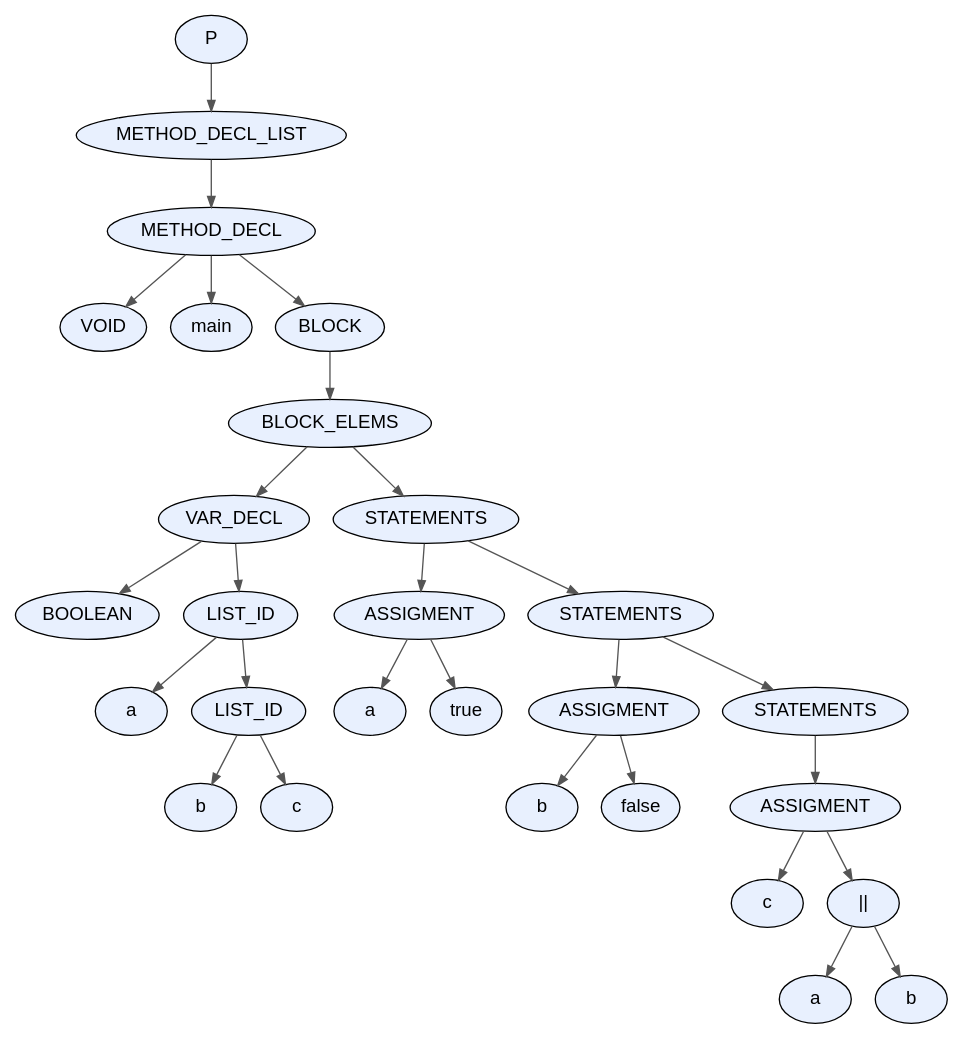
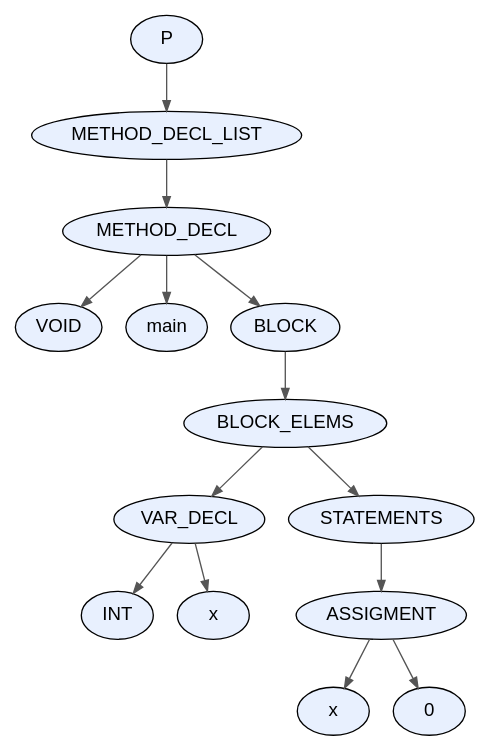
The diagram in proyecto/dot_files/test5.dot (facundo-dario-loser/TDS2026), drawn with Graphviz before and after one commit. The commit also changed 64 other files, not shown here.

```diff
--- a/proyecto/dot_files/test5.dot
+++ b/proyecto/dot_files/test5.dot
@@ -1,59 +1,31 @@
 digraph AST {
   node [fontname="Arial"];
   edge [arrowsize=0.8, color="#555555"];
-  "node_0x57727a1a23d0" [label="P", style=filled, fillcolor="#E8F0FE", shape=ellipse, style="rounded,filled"];
-  "node_0x57727a1a23d0" -> "node_0x57727a1a2380";
-  "node_0x57727a1a2380" [label="METHOD_DECL_LIST", style=filled, fillcolor="#E8F0FE", shape=ellipse, style="rounded,filled"];
-  "node_0x57727a1a2380" -> "node_0x57727a1a2330";
-  "node_0x57727a1a2330" [label="METHOD_DECL", style=filled, fillcolor="#E8F0FE", shape=ellipse, style="rounded,filled"];
-  "node_0x57727a1a2330" -> "node_0x57727a1a2270";
-  "node_0x57727a1a2270" [label="VOID", style=filled, fillcolor="#E8F0FE", shape=ellipse, style="rounded,filled"];
-  "node_0x57727a1a2330" -> "node_0x57727a1a22c0";
-  "node_0x57727a1a22c0" [label="main", style=filled, fillcolor="#E8F0FE", shape=ellipse, style="rounded,filled"];
-  "node_0x57727a1a2330" -> "node_0x57727a1a2220";
-  "node_0x57727a1a2220" [label="BLOCK", style=filled, fillcolor="#E8F0FE", shape=ellipse, style="rounded,filled"];
-  "node_0x57727a1a2220" -> "node_0x57727a1a21d0";
-  "node_0x57727a1a21d0" [label="BLOCK_ELEMS", style=filled, fillcolor="#E8F0FE", shape=ellipse, style="rounded,filled"];
-  "node_0x57727a1a21d0" -> "node_0x57727a1a1be0";
-  "node_0x57727a1a1be0" [label="VAR_DECL", style=filled, fillcolor="#E8F0FE", shape=ellipse, style="rounded,filled"];
-  "node_0x57727a1a1be0" -> "node_0x57727a1a1940";
-  "node_0x57727a1a1940" [label="BOOLEAN", style=filled, fillcolor="#E8F0FE", shape=ellipse, style="rounded,filled"];
-  "node_0x57727a1a1be0" -> "node_0x57727a1a1b90";
-  "node_0x57727a1a1b90" [label="LIST_ID", style=filled, fillcolor="#E8F0FE", shape=ellipse, style="rounded,filled"];
-  "node_0x57727a1a1b90" -> "node_0x57727a1a1b20";
-  "node_0x57727a1a1b20" [label="a", style=filled, fillcolor="#E8F0FE", shape=ellipse, style="rounded,filled"];
-  "node_0x57727a1a1b90" -> "node_0x57727a1a1ad0";
-  "node_0x57727a1a1ad0" [label="LIST_ID", style=filled, fillcolor="#E8F0FE", shape=ellipse, style="rounded,filled"];
-  "node_0x57727a1a1ad0" -> "node_0x57727a1a1a60";
-  "node_0x57727a1a1a60" [label="b", style=filled, fillcolor="#E8F0FE", shape=ellipse, style="rounded,filled"];
-  "node_0x57727a1a1ad0" -> "node_0x57727a1a19f0";
-  "node_0x57727a1a19f0" [label="c", style=filled, fillcolor="#E8F0FE", shape=ellipse, style="rounded,filled"];
-  "node_0x57727a1a21d0" -> "node_0x57727a1a2180";
-  "node_0x57727a1a2180" [label="STATEMENTS", style=filled, fillcolor="#E8F0FE", shape=ellipse, style="rounded,filled"];
-  "node_0x57727a1a2180" -> "node_0x57727a1a1d10";
-  "node_0x57727a1a1d10" [label="ASSIGMENT", style=filled, fillcolor="#E8F0FE", shape=ellipse, style="rounded,filled"];
-  "node_0x57727a1a1d10" -> "node_0x57727a1a1ca0";
-  "node_0x57727a1a1ca0" [label="a", style=filled, fillcolor="#E8F0FE", shape=ellipse, style="rounded,filled"];
-  "node_0x57727a1a1d10" -> "node_0x57727a1a1c50";
-  "node_0x57727a1a1c50" [label="true", style=filled, fillcolor="#E8F0FE", shape=ellipse, style="rounded,filled"];
-  "node_0x57727a1a2180" -> "node_0x57727a1a2130";
-  "node_0x57727a1a2130" [label="STATEMENTS", style=filled, fillcolor="#E8F0FE", shape=ellipse, style="rounded,filled"];
-  "node_0x57727a1a2130" -> "node_0x57727a1a1e40";
-  "node_0x57727a1a1e40" [label="ASSIGMENT", style=filled, fillcolor="#E8F0FE", shape=ellipse, style="rounded,filled"];
-  "node_0x57727a1a1e40" -> "node_0x57727a1a1dd0";
-  "node_0x57727a1a1dd0" [label="b", style=filled, fillcolor="#E8F0FE", shape=ellipse, style="rounded,filled"];
-  "node_0x57727a1a1e40" -> "node_0x57727a1a1d80";
-  "node_0x57727a1a1d80" [label="false", style=filled, fillcolor="#E8F0FE", shape=ellipse, style="rounded,filled"];
-  "node_0x57727a1a2130" -> "node_0x57727a1a20e0";
-  "node_0x57727a1a20e0" [label="STATEMENTS", style=filled, fillcolor="#E8F0FE", shape=ellipse, style="rounded,filled"];
-  "node_0x57727a1a20e0" -> "node_0x57727a1a2090";
-  "node_0x57727a1a2090" [label="ASSIGMENT", style=filled, fillcolor="#E8F0FE", shape=ellipse, style="rounded,filled"];
-  "node_0x57727a1a2090" -> "node_0x57727a1a2020";
-  "node_0x57727a1a2020" [label="c", style=filled, fillcolor="#E8F0FE", shape=ellipse, style="rounded,filled"];
-  "node_0x57727a1a2090" -> "node_0x57727a1a1fd0";
-  "node_0x57727a1a1fd0" [label="||", style=filled, fillcolor="#E8F0FE", shape=ellipse, style="rounded,filled"];
-  "node_0x57727a1a1fd0" -> "node_0x57727a1a1ed0";
-  "node_0x57727a1a1ed0" [label="a", style=filled, fillcolor="#E8F0FE", shape=ellipse, style="rounded,filled"];
-  "node_0x57727a1a1fd0" -> "node_0x57727a1a1f60";
-  "node_0x57727a1a1f60" [label="b", style=filled, fillcolor="#E8F0FE", shape=ellipse, style="rounded,filled"];
+  "node_0x5a14b28cebe0" [label="P", style=filled, fillcolor="#E8F0FE", shape=ellipse, style="rounded,filled"];
+  "node_0x5a14b28cebe0" -> "node_0x5a14b28ceb90";
+  "node_0x5a14b28ceb90" [label="METHOD_DECL_LIST", style=filled, fillcolor="#E8F0FE", shape=ellipse, style="rounded,filled"];
+  "node_0x5a14b28ceb90" -> "node_0x5a14b28ceb40";
+  "node_0x5a14b28ceb40" [label="METHOD_DECL", style=filled, fillcolor="#E8F0FE", shape=ellipse, style="rounded,filled"];
+  "node_0x5a14b28ceb40" -> "node_0x5a14b28cea80";
+  "node_0x5a14b28cea80" [label="VOID", style=filled, fillcolor="#E8F0FE", shape=ellipse, style="rounded,filled"];
+  "node_0x5a14b28ceb40" -> "node_0x5a14b28cead0";
+  "node_0x5a14b28cead0" [label="main", style=filled, fillcolor="#E8F0FE", shape=ellipse, style="rounded,filled"];
+  "node_0x5a14b28ceb40" -> "node_0x5a14b28cea30";
+  "node_0x5a14b28cea30" [label="BLOCK", style=filled, fillcolor="#E8F0FE", shape=ellipse, style="rounded,filled"];
+  "node_0x5a14b28cea30" -> "node_0x5a14b28ce9e0";
+  "node_0x5a14b28ce9e0" [label="BLOCK_ELEMS", style=filled, fillcolor="#E8F0FE", shape=ellipse, style="rounded,filled"];
+  "node_0x5a14b28ce9e0" -> "node_0x5a14b28ce630";
+  "node_0x5a14b28ce630" [label="VAR_DECL", style=filled, fillcolor="#E8F0FE", shape=ellipse, style="rounded,filled"];
+  "node_0x5a14b28ce630" -> "node_0x5a14b28ce550";
+  "node_0x5a14b28ce550" [label="INT", style=filled, fillcolor="#E8F0FE", shape=ellipse, style="rounded,filled"];
+  "node_0x5a14b28ce630" -> "node_0x5a14b28ce5c0";
+  "node_0x5a14b28ce5c0" [label="x", style=filled, fillcolor="#E8F0FE", shape=ellipse, style="rounded,filled"];
+  "node_0x5a14b28ce9e0" -> "node_0x5a14b28ce990";
+  "node_0x5a14b28ce990" [label="STATEMENTS", style=filled, fillcolor="#E8F0FE", shape=ellipse, style="rounded,filled"];
+  "node_0x5a14b28ce990" -> "node_0x5a14b28ce940";
+  "node_0x5a14b28ce940" [label="ASSIGMENT", style=filled, fillcolor="#E8F0FE", shape=ellipse, style="rounded,filled"];
+  "node_0x5a14b28ce940" -> "node_0x5a14b28ce8d0";
+  "node_0x5a14b28ce8d0" [label="x", style=filled, fillcolor="#E8F0FE", shape=ellipse, style="rounded,filled"];
+  "node_0x5a14b28ce940" -> "node_0x5a14b28ce740";
+  "node_0x5a14b28ce740" [label="0", style=filled, fillcolor="#E8F0FE", shape=ellipse, style="rounded,filled"];
 }
```
